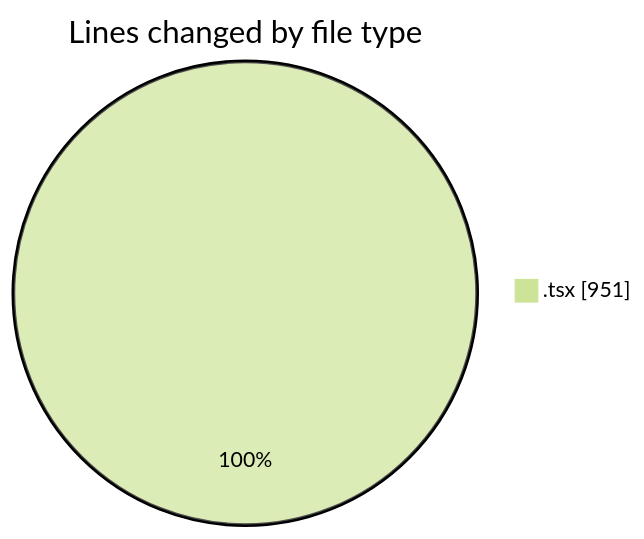
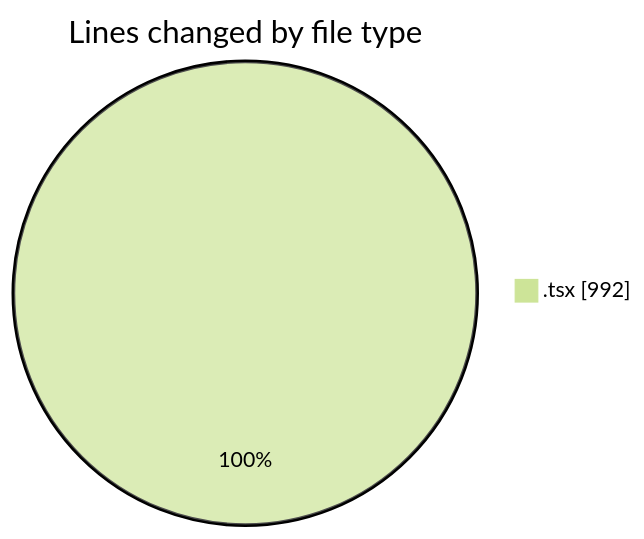
One commit to momahboobian/code-tracking changed the first of 2 diagrams in 2025-06-17/cda/README.md. Above: the diagram before and after it, drawn with Mermaid (forest theme). The commit also changed other lines of this file and 1 other file, not shown here.

````diff
--- a/2025-06-17/cda/README.md
+++ b/2025-06-17/cda/README.md
@@ -21,5 +21,5 @@
 ```mermaid
 pie showData
 title Lines changed by file type
-".tsx" : 951
+".tsx" : 992
 ```
````
